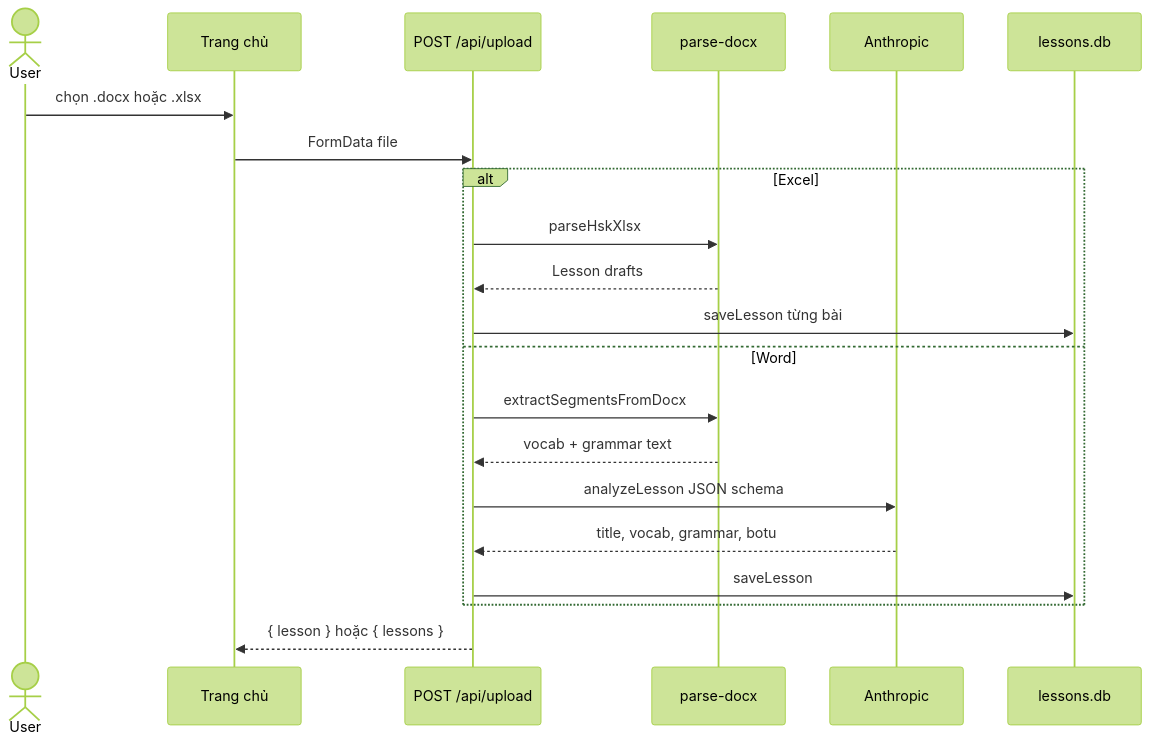
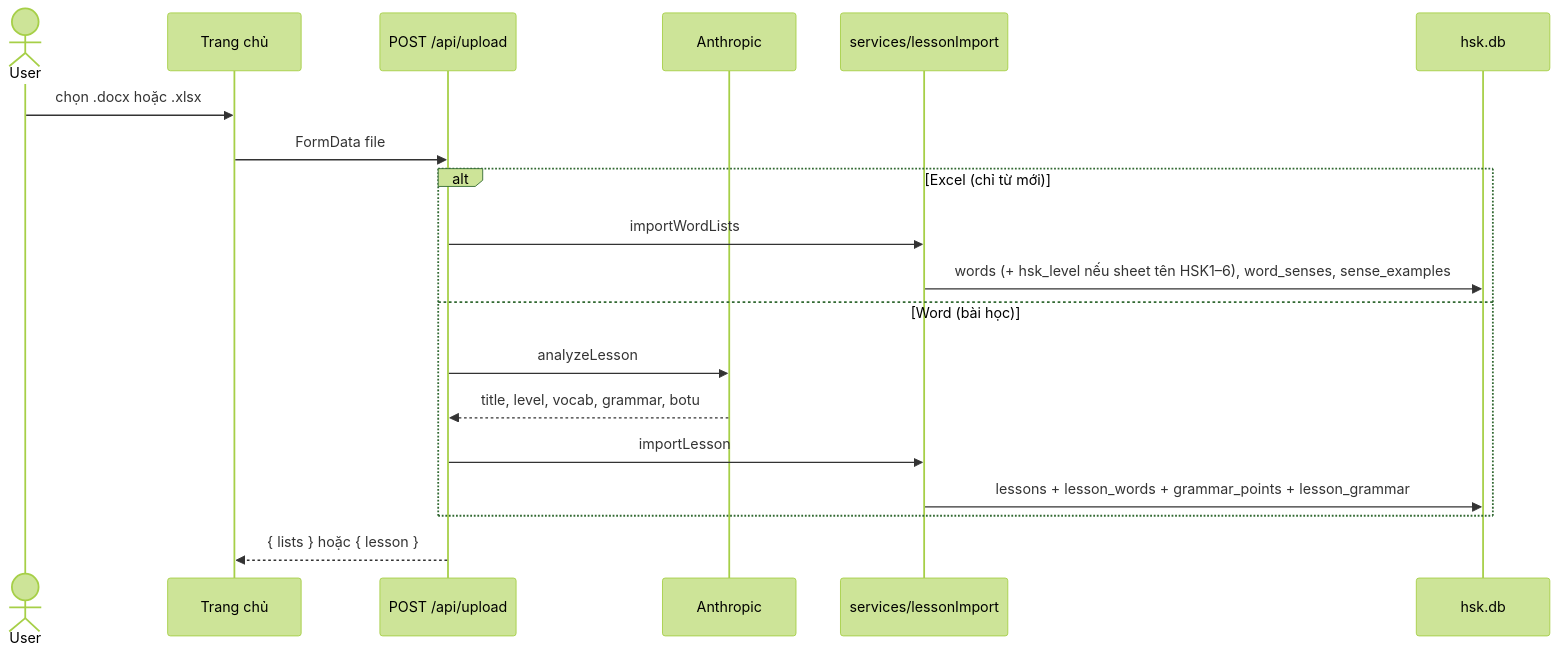
The fifth of 9 diagrams in docs/ARCHITECTURE.md (phuonglai99/language), drawn with Mermaid (forest theme) before and after one commit. The commit also changed other lines of this file and 12 other files, not shown here.

````diff
--- a/docs/ARCHITECTURE.md
+++ b/docs/ARCHITECTURE.md
@@ -232,24 +162,22 @@
 ```mermaid
 sequenceDiagram
   actor User
   participant Home as Trang chủ
   participant Upload as POST /api/upload
-  participant Parse as parse-docx
   participant Claude as Anthropic
-  participant DB as lessons.db
+  participant Import as services/lessonImport
+  participant DB as hsk.db
 
   User->>Home: chọn .docx hoặc .xlsx
   Home->>Upload: FormData file
-  alt Excel
-    Upload->>Parse: parseHskXlsx
-    Parse-->>Upload: Lesson drafts
-    Upload->>DB: saveLesson từng bài
-  else Word
-    Upload->>Parse: extractSegmentsFromDocx
-    Parse-->>Upload: vocab + grammar text
-    Upload->>Claude: analyzeLesson JSON schema
-    Claude-->>Upload: title, vocab, grammar, botu
-    Upload->>DB: saveLesson
+  alt Excel (chỉ từ mới)
+    Upload->>Import: importWordLists
+    Import->>DB: words (+ hsk_level nếu sheet tên HSK1–6), word_senses, sense_examples
+  else Word (bài học)
+    Upload->>Claude: analyzeLesson
+    Claude-->>Upload: title, level, vocab, grammar, botu
+    Upload->>Import: importLesson
+    Import->>DB: lessons + lesson_words + grammar_points + lesson_grammar
   end
-  Upload-->>Home: { lesson } hoặc { lessons }
+  Upload-->>Home: { lists } hoặc { lesson }
 ```
````
